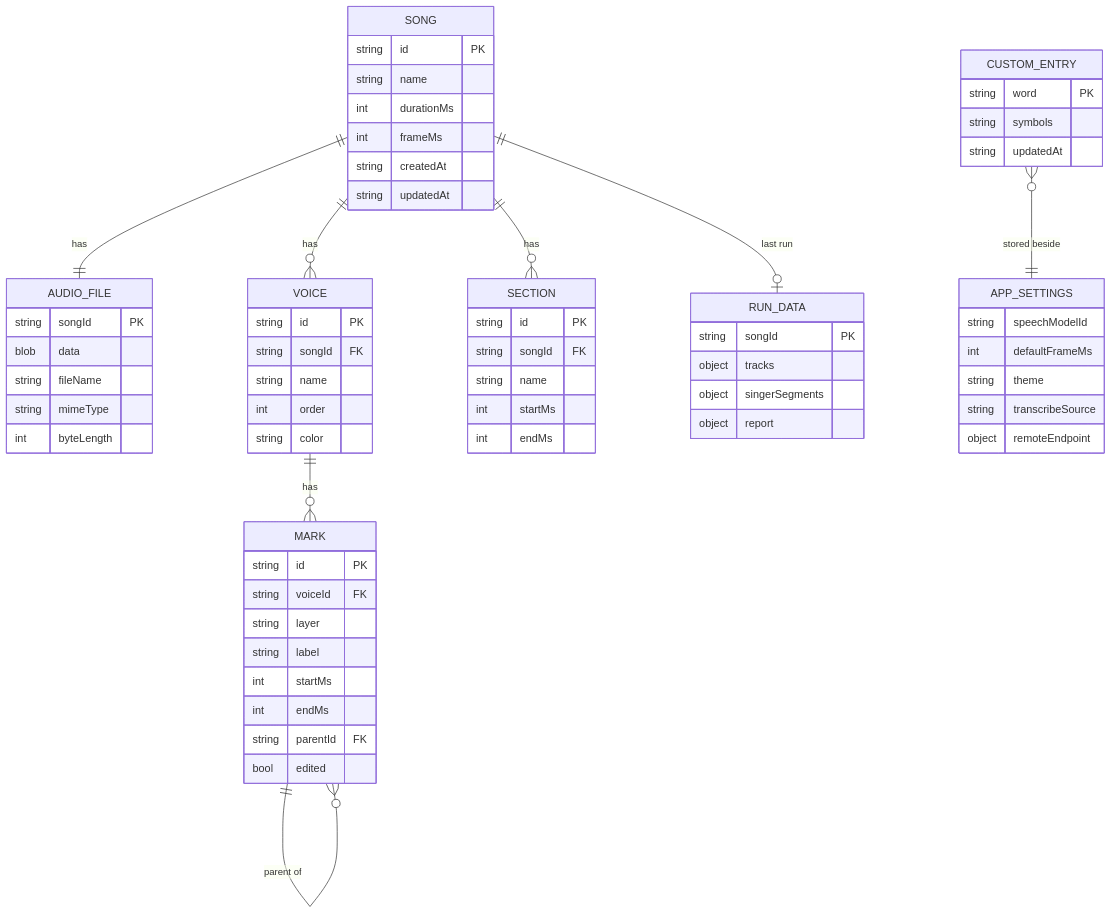
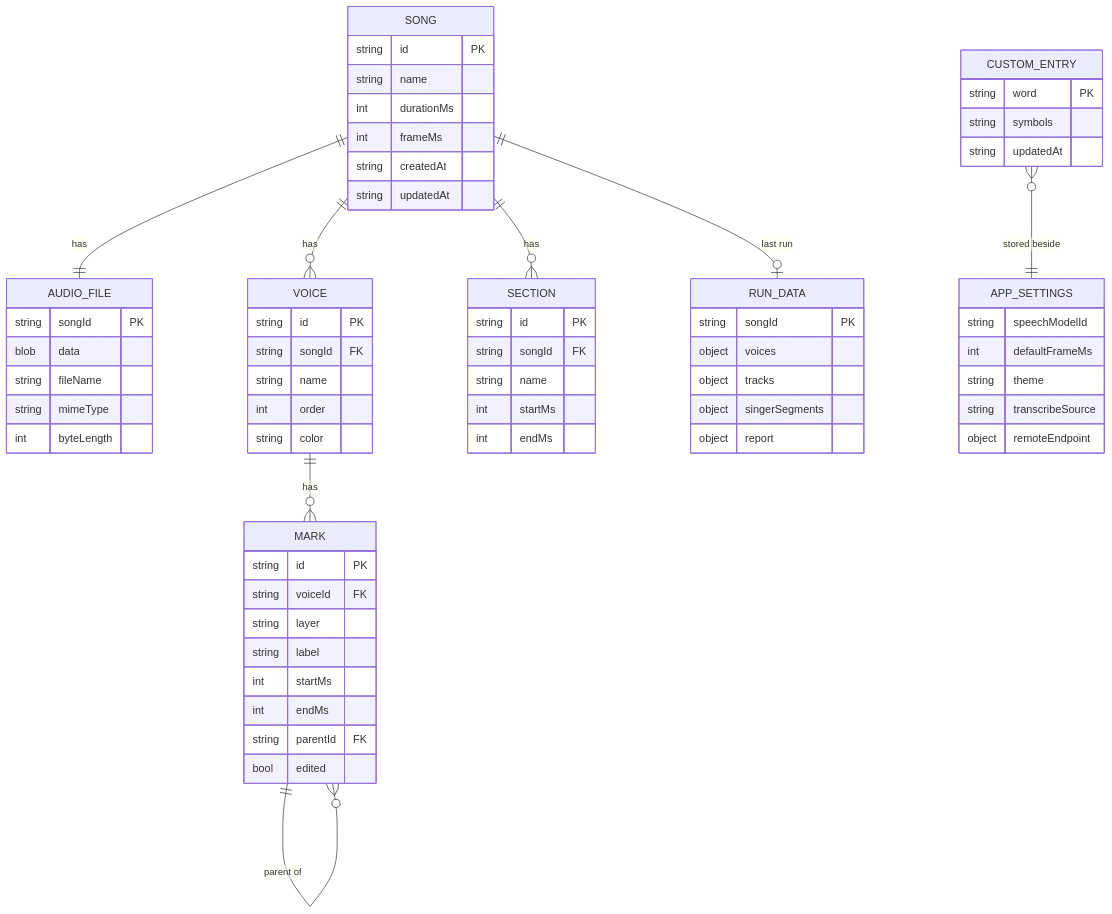
One commit to sniper7kills/xlights-singing-face-timing changed the second of 2 diagrams in docs/specs/spec.md. Above: the diagram before and after it, drawn with Mermaid. The commit also changed other lines of this file and 28 other files, not shown here.

````diff
--- a/docs/specs/spec.md
+++ b/docs/specs/spec.md
@@ -262,67 +262,68 @@
 ```mermaid
 erDiagram
   SONG ||--|| AUDIO_FILE : has
   SONG ||--o{ VOICE : has
   SONG ||--o{ SECTION : has
   VOICE ||--o{ MARK : has
   MARK ||--o{ MARK : "parent of"
   CUSTOM_ENTRY }o--|| APP_SETTINGS : "stored beside"
   SONG ||--o| RUN_DATA : "last run"
   SONG {
     string id PK
     string name
     int durationMs
     int frameMs
     string createdAt
     string updatedAt
   }
   AUDIO_FILE {
     string songId PK
     blob data
     string fileName
     string mimeType
     int byteLength
   }
   VOICE {
     string id PK
     string songId FK
     string name
     int order
     string color
   }
   SECTION {
     string id PK
     string songId FK
     string name
     int startMs
     int endMs
   }
   MARK {
     string id PK
     string voiceId FK
     string layer
     string label
     int startMs
     int endMs
     string parentId FK
     bool edited
   }
   CUSTOM_ENTRY {
     string word PK
     string symbols
     string updatedAt
   }
   RUN_DATA {
     string songId PK
+    object voices
     object tracks
     object singerSegments
     object report
   }
   APP_SETTINGS {
     string speechModelId
     int defaultFrameMs
     string theme
     string transcribeSource
     object remoteEndpoint
   }
 ```
````
